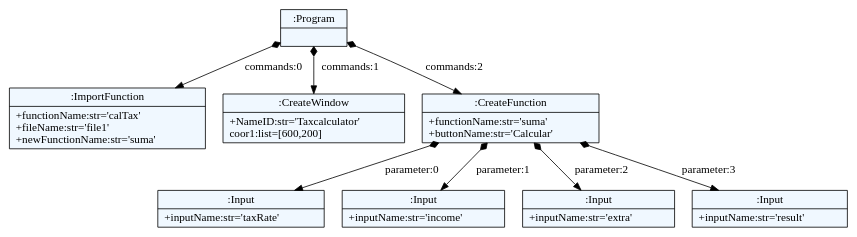
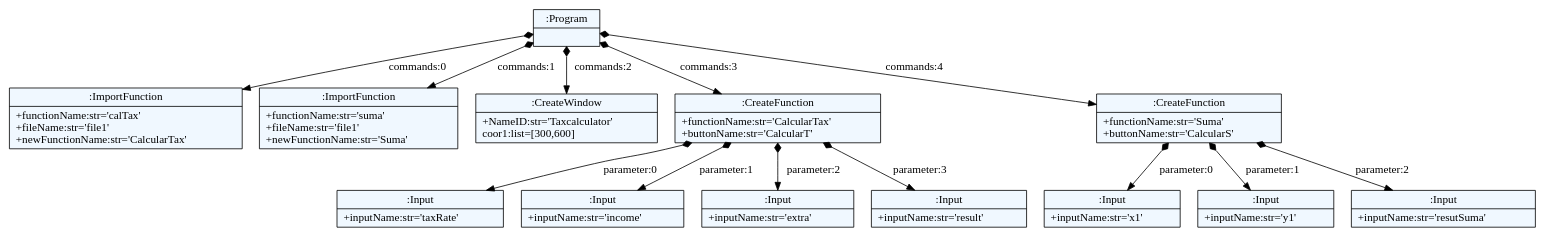
One commit to joseamoroso/easgui changed the diagram in program.dot. Above: the diagram before and after it, drawn with Graphviz. The commit also changed 1 other file, not shown here.

```diff
--- a/program.dot
+++ b/program.dot
@@ -1,30 +1,40 @@
 
     digraph textX {
     fontname = "Bitstream Vera Sans"
     fontsize = 8
     node[
         shape=record,
         style=filled,
         fillcolor=aliceblue
     ]
     nodesep = 0.3
     edge[dir=black,arrowtail=empty]
 
 
-2216229009608 -> 2216229024328 [label="commands:0" arrowtail=diamond dir=both]
-2216229024328[label="{:ImportFunction|+functionName:str='calTax'\l+fileName:str='file1'\l+newFunctionName:str='suma'\l}"]
-2216229009608 -> 2216229024392 [label="commands:1" arrowtail=diamond dir=both]
-2216229024392[label="{:CreateWindow|+NameID:str='Taxcalculator'\lcoor1:list=[600,200]\l}"]
-2216229009608 -> 2216229024520 [label="commands:2" arrowtail=diamond dir=both]
-2216229024520 -> 2216229024712 [label="parameter:0" arrowtail=diamond dir=both]
-2216229024712[label="{:Input|+inputName:str='taxRate'\l}"]
-2216229024520 -> 2216229024776 [label="parameter:1" arrowtail=diamond dir=both]
-2216229024776[label="{:Input|+inputName:str='income'\l}"]
-2216229024520 -> 2216229024904 [label="parameter:2" arrowtail=diamond dir=both]
-2216229024904[label="{:Input|+inputName:str='extra'\l}"]
-2216229024520 -> 2216229024968 [label="parameter:3" arrowtail=diamond dir=both]
-2216229024968[label="{:Input|+inputName:str='result'\l}"]
-2216229024520[label="{:CreateFunction|+functionName:str='suma'\l+buttonName:str='Calcular'\l}"]
-2216229009608[label="{:Program|}"]
+2664547515976 -> 2664547627784 [label="commands:0" arrowtail=diamond dir=both]
+2664547627784[label="{:ImportFunction|+functionName:str='calTax'\l+fileName:str='file1'\l+newFunctionName:str='CalcularTax'\l}"]
+2664547515976 -> 2664547629896 [label="commands:1" arrowtail=diamond dir=both]
+2664547629896[label="{:ImportFunction|+functionName:str='suma'\l+fileName:str='file1'\l+newFunctionName:str='Suma'\l}"]
+2664547515976 -> 2664547630664 [label="commands:2" arrowtail=diamond dir=both]
+2664547630664[label="{:CreateWindow|+NameID:str='Taxcalculator'\lcoor1:list=[300,600]\l}"]
+2664547515976 -> 2664547630280 [label="commands:3" arrowtail=diamond dir=both]
+2664547630280 -> 2664547614536 [label="parameter:0" arrowtail=diamond dir=both]
+2664547614536[label="{:Input|+inputName:str='taxRate'\l}"]
+2664547630280 -> 2664547614472 [label="parameter:1" arrowtail=diamond dir=both]
+2664547614472[label="{:Input|+inputName:str='income'\l}"]
+2664547630280 -> 2664547614088 [label="parameter:2" arrowtail=diamond dir=both]
+2664547614088[label="{:Input|+inputName:str='extra'\l}"]
+2664547630280 -> 2664547614024 [label="parameter:3" arrowtail=diamond dir=both]
+2664547614024[label="{:Input|+inputName:str='result'\l}"]
+2664547630280[label="{:CreateFunction|+functionName:str='CalcularTax'\l+buttonName:str='CalcularT'\l}"]
+2664547515976 -> 2664547629320 [label="commands:4" arrowtail=diamond dir=both]
+2664547629320 -> 2664547613896 [label="parameter:0" arrowtail=diamond dir=both]
+2664547613896[label="{:Input|+inputName:str='x1'\l}"]
+2664547629320 -> 2664547614344 [label="parameter:1" arrowtail=diamond dir=both]
+2664547614344[label="{:Input|+inputName:str='y1'\l}"]
+2664547629320 -> 2664547613640 [label="parameter:2" arrowtail=diamond dir=both]
+2664547613640[label="{:Input|+inputName:str='resutSuma'\l}"]
+2664547629320[label="{:CreateFunction|+functionName:str='Suma'\l+buttonName:str='CalcularS'\l}"]
+2664547515976[label="{:Program|}"]
 
 }
```
